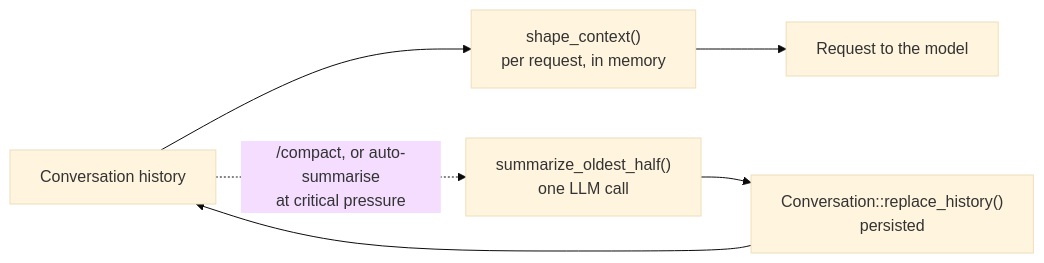
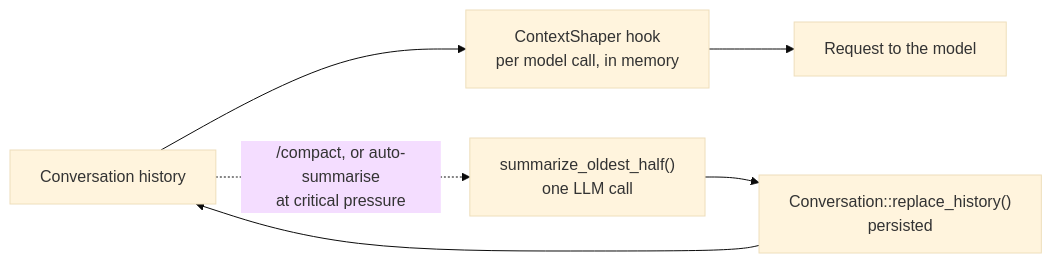
The diagram in docs/context-compaction.md (boersmamarcel/chatty2), drawn with Mermaid (base theme) before and after one commit. The commit also changed other lines of this file and 10 other files, not shown here.

First line of the commit message:
Guard the context window inside the tool loop, per model call (AGE-504)

````diff
--- a/docs/context-compaction.md
+++ b/docs/context-compaction.md
@@ -10,8 +11,8 @@
 ```mermaid
 flowchart LR
-    hist["Conversation history"] --> shaper["shape_context()<br/>per request, in memory"]
-    shaper --> req["Request to the model"]
+    hist["Conversation history"] --> guard["ContextShaper hook<br/>per model call, in memory"]
+    guard --> req["Request to the model"]
     hist -. "/compact, or auto-summarise<br/>at critical pressure" .-> sum["summarize_oldest_half()<br/>one LLM call"]
     sum --> rep["Conversation::replace_history()<br/>persisted"]
     rep --> hist
 ```
````
